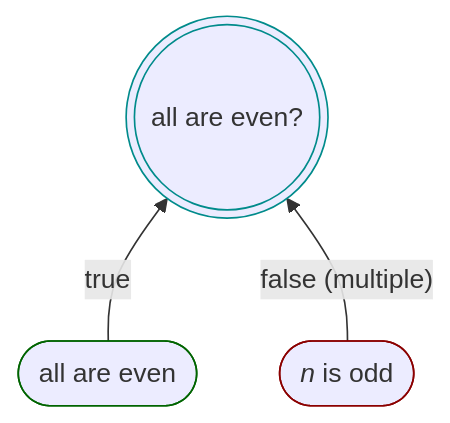
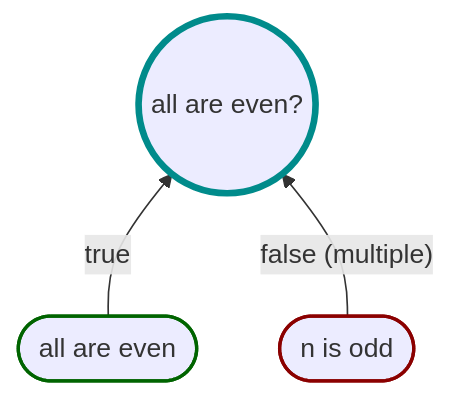
The diagram in tutorial/MultipleAssertions.md (karlssberg/Motiv), drawn with Mermaid before and after one commit. The commit also changed 8 other files, not shown here.

Commit message:
restyled diagrams corrected typos

````diff
--- a/tutorial/MultipleAssertions.md
+++ b/tutorial/MultipleAssertions.md
@@ -9,10 +9,10 @@
 ```mermaid
 flowchart BT
-    True(["`all are even`"]) -->|true| P(((all are even?)))
-    False(["`_n_ is odd`"]) -->|false &lpar;multiple&rpar;| P
+    True([all are even]) -->|true| P((all are even?))
+    False([n is odd]) -->|false &lpar;multiple&rpar;| P
 
 
-    style P stroke:darkcyan
-    style True stroke:darkgreen
-    style False stroke:darkred
+    style P stroke:darkcyan,stroke-width:4px
+    style True stroke:darkgreen,stroke-width:2px
+    style False stroke:darkred,stroke-width:2px
 ```
````
